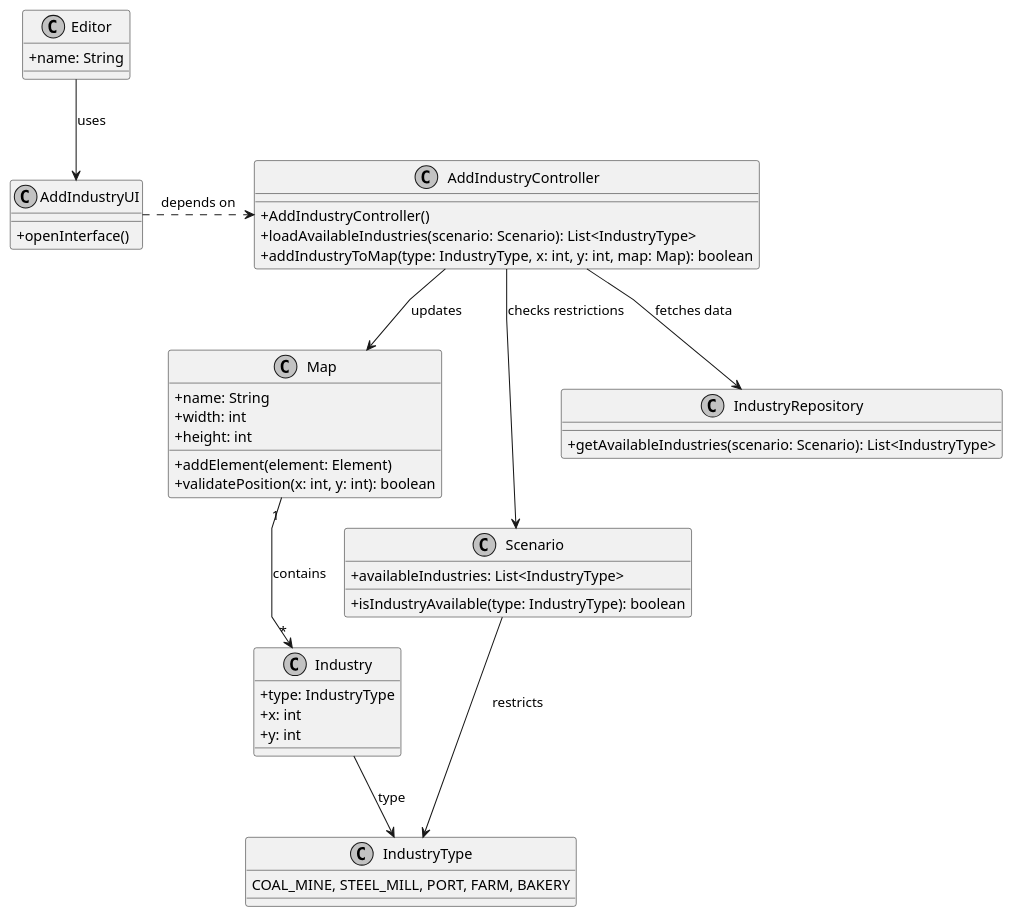
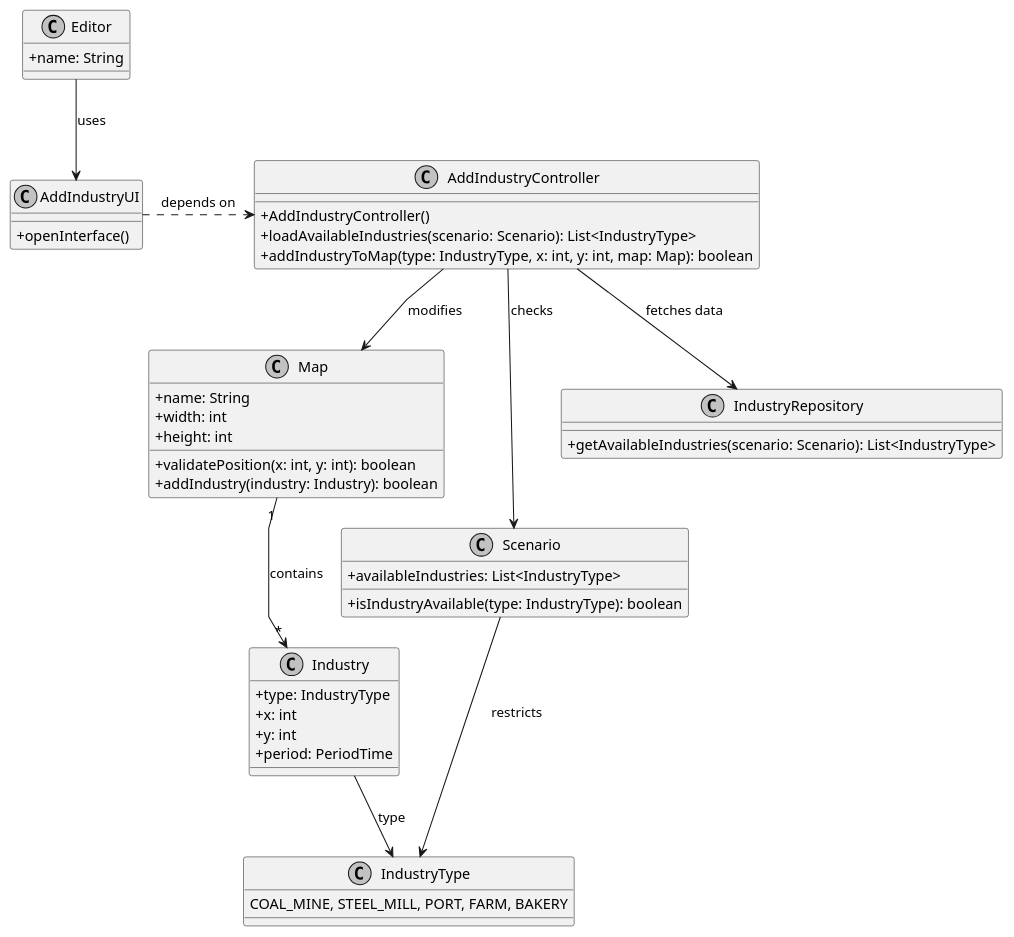
Before and after one commit to bruno-monteiro5/sem2-pi-24.25-g132-repo: the diagram in docs/system-documentation/US002/03.design/puml/US002-CD.puml, drawn with PlantUML. The commit also changed 17 other files, not shown here.

```diff
--- a/docs/system-documentation/US002/03.design/puml/US002-CD.puml
+++ b/docs/system-documentation/US002/03.design/puml/US002-CD.puml
@@ -1,58 +1,58 @@
 @startuml
 skinparam monochrome true
 skinparam packageStyle rectangle
 skinparam shadowing false
 skinparam linetype polyline
 skinparam classAttributeIconSize 0
 
-'--- Classes Principais ---
 class Editor {
     + name: String
 }
 
 class Map {
     + name: String
     + width: int
     + height: int
-    + addElement(element: Element)
     + validatePosition(x: int, y: int): boolean
+    + addIndustry(industry: Industry): boolean
 }
 
 class Industry {
     + type: IndustryType
     + x: int
     + y: int
+    + period: PeriodTime
 }
 
 class IndustryType {
     COAL_MINE, STEEL_MILL, PORT, FARM, BAKERY
 }
 
 class Scenario {
     + availableIndustries: List<IndustryType>
     + isIndustryAvailable(type: IndustryType): boolean
 }
 
 class IndustryRepository {
     + getAvailableIndustries(scenario: Scenario): List<IndustryType>
 }
 
 class AddIndustryController {
     + AddIndustryController()
     + loadAvailableIndustries(scenario: Scenario): List<IndustryType>
     + addIndustryToMap(type: IndustryType, x: int, y: int, map: Map): boolean
 }
 
 class AddIndustryUI {
     + openInterface()
 }
 
 Editor --> AddIndustryUI : uses
 AddIndustryUI .> AddIndustryController : depends on
 AddIndustryController --> IndustryRepository : fetches data
-AddIndustryController --> Map : updates
-AddIndustryController --> Scenario : checks restrictions
+AddIndustryController --> Map : modifies
+AddIndustryController --> Scenario : checks
 Map "1" --> "*" Industry : contains
 Industry --> IndustryType : type
 Scenario --> IndustryType : restricts
 @enduml
```
